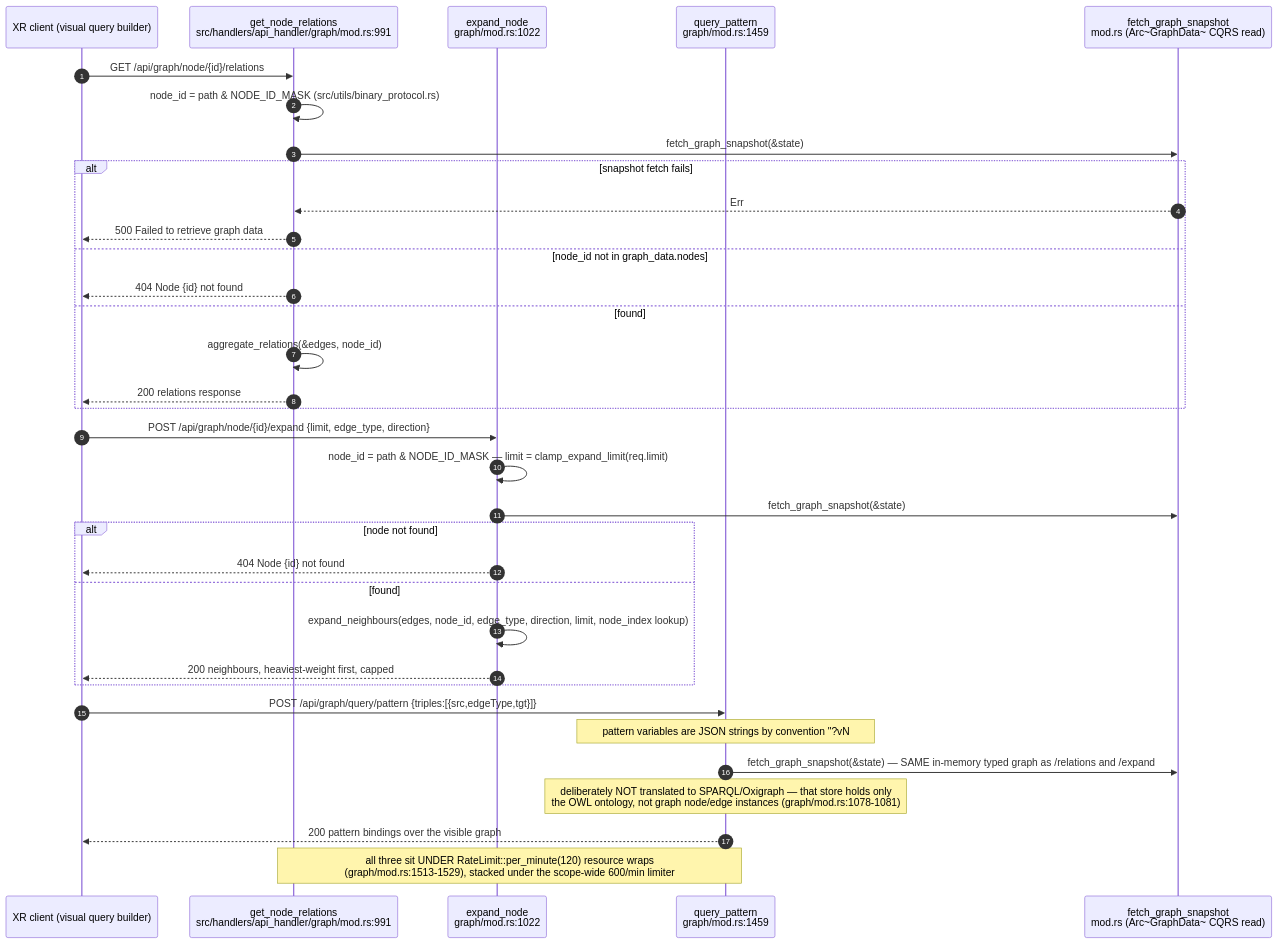
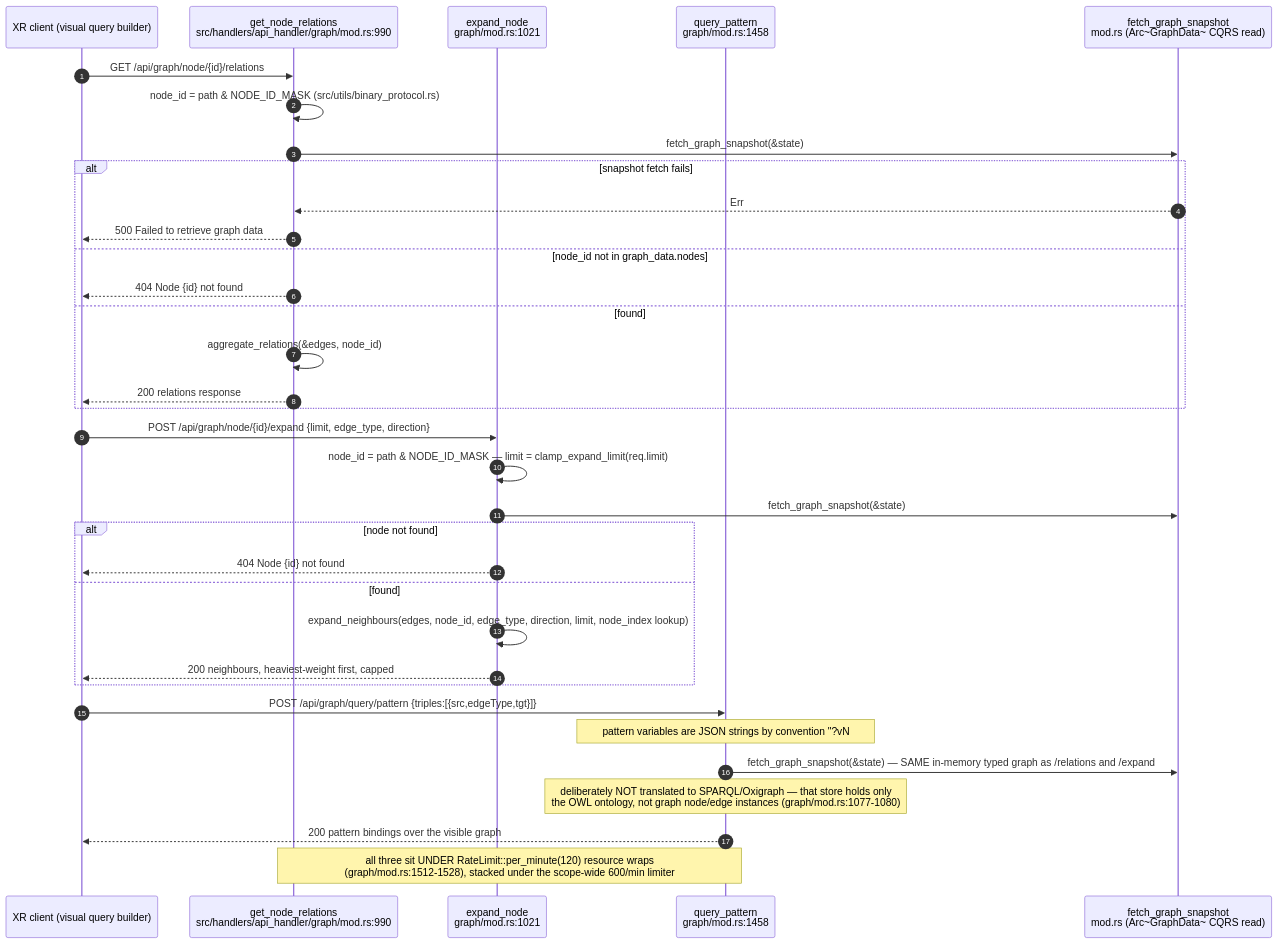
The second of 23 diagrams in docs/diagrams/visionclaw/04-handlers-graph-and-state.md (DreamLab-AI/VisionFlow), drawn with Mermaid before and after one commit. The commit also changed other lines of this file and 4 other files, not shown here.

Commit message:
docs(diagrams): visionclaw 01 and 04 after the graph_state_handler removal

````diff
--- a/docs/diagrams/visionclaw/04-handlers-graph-and-state.md
+++ b/docs/diagrams/visionclaw/04-handlers-graph-and-state.md
@@ -105,37 +106,37 @@
 ```mermaid
 sequenceDiagram
     autonumber
     participant C as XR client (visual query builder)
-    participant GR as get_node_relations<br/>src/handlers/api_handler/graph/mod.rs:991
-    participant EX as expand_node<br/>graph/mod.rs:1022
-    participant QP as query_pattern<br/>graph/mod.rs:1459
+    participant GR as get_node_relations<br/>src/handlers/api_handler/graph/mod.rs:990
+    participant EX as expand_node<br/>graph/mod.rs:1021
+    participant QP as query_pattern<br/>graph/mod.rs:1458
     participant SNAP as fetch_graph_snapshot<br/>mod.rs (Arc~GraphData~ CQRS read)
 
     C->>GR: GET /api/graph/node/{id}/relations
     GR->>GR: node_id = path & NODE_ID_MASK (src/utils/binary_protocol.rs)
     GR->>SNAP: fetch_graph_snapshot(&state)
     alt snapshot fetch fails
         SNAP-->>GR: Err
         GR-->>C: 500 Failed to retrieve graph data
     else node_id not in graph_data.nodes
         GR-->>C: 404 Node {id} not found
     else found
         GR->>GR: aggregate_relations(&edges, node_id)
         GR-->>C: 200 relations response
     end
     C->>EX: POST /api/graph/node/{id}/expand {limit, edge_type, direction}
     EX->>EX: node_id = path & NODE_ID_MASK — limit = clamp_expand_limit(req.limit)
     EX->>SNAP: fetch_graph_snapshot(&state)
     alt node not found
         EX-->>C: 404 Node {id} not found
     else found
         EX->>EX: expand_neighbours(edges, node_id, edge_type, direction, limit, node_index lookup)
         EX-->>C: 200 neighbours, heaviest-weight first, capped
     end
     C->>QP: POST /api/graph/query/pattern {triples:[{src,edgeType,tgt}]}
-    Note over QP: pattern variables are JSON strings by convention #quot;?vN#quot —<br/>concrete ids are JSON numbers, masked with NODE_ID_MASK (graph/mod.rs:1083-1089)
+    Note over QP: pattern variables are JSON strings by convention #quot;?vN#quot —<br/>concrete ids are JSON numbers, masked with NODE_ID_MASK (graph/mod.rs:1082-1088)
     QP->>SNAP: fetch_graph_snapshot(&state) — SAME in-memory typed graph as /relations and /expand
-    Note over QP: deliberately NOT translated to SPARQL/Oxigraph — that store holds only<br/>the OWL ontology, not graph node/edge instances (graph/mod.rs:1078-1081)
+    Note over QP: deliberately NOT translated to SPARQL/Oxigraph — that store holds only<br/>the OWL ontology, not graph node/edge instances (graph/mod.rs:1077-1080)
     QP-->>C: 200 pattern bindings over the visible graph
-    Note over GR,QP: all three sit UNDER RateLimit::per_minute(120) resource wraps<br/>(graph/mod.rs:1513-1529), stacked under the scope-wide 600/min limiter
+    Note over GR,QP: all three sit UNDER RateLimit::per_minute(120) resource wraps<br/>(graph/mod.rs:1512-1528), stacked under the scope-wide 600/min limiter
 ```
````
